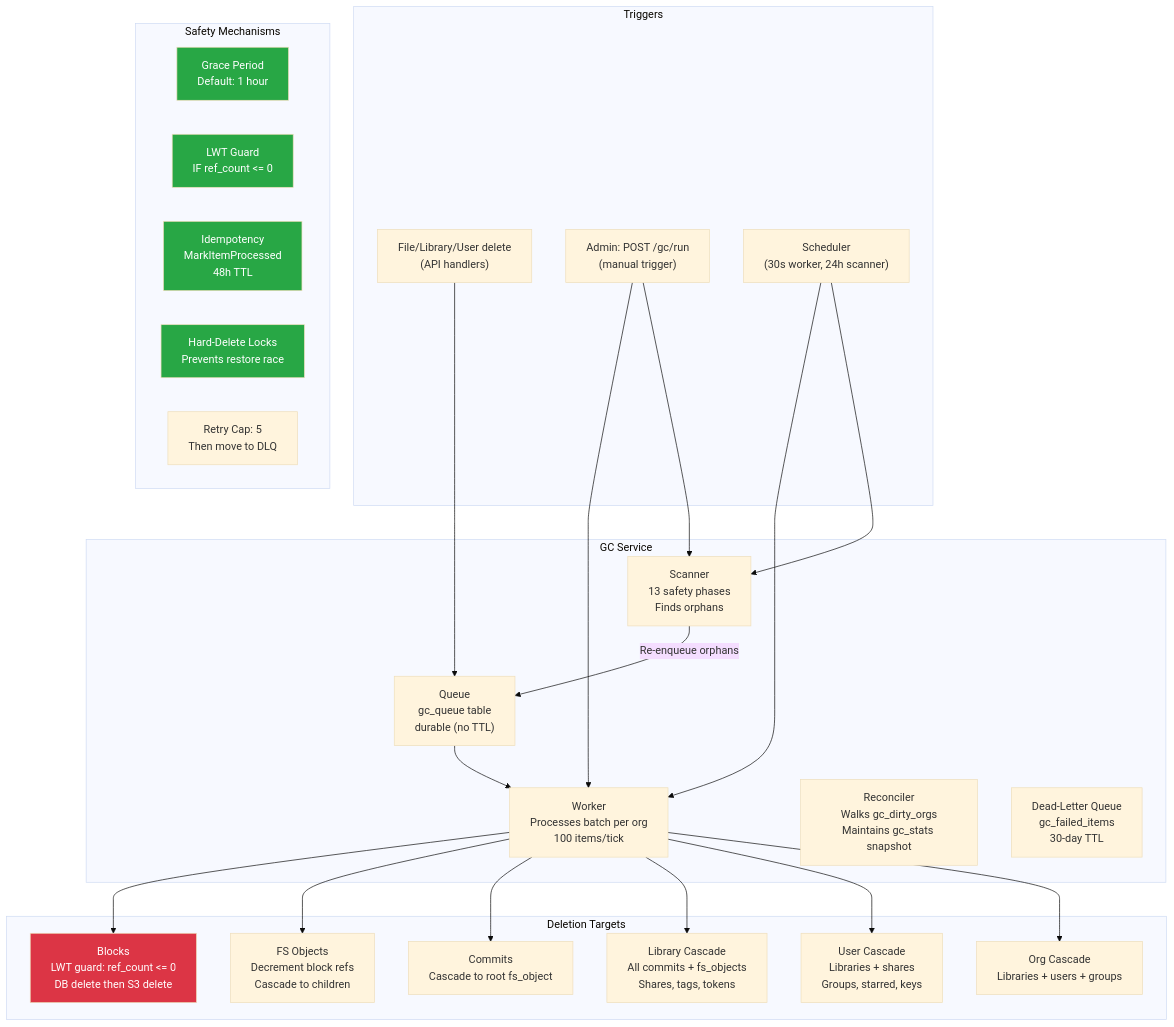
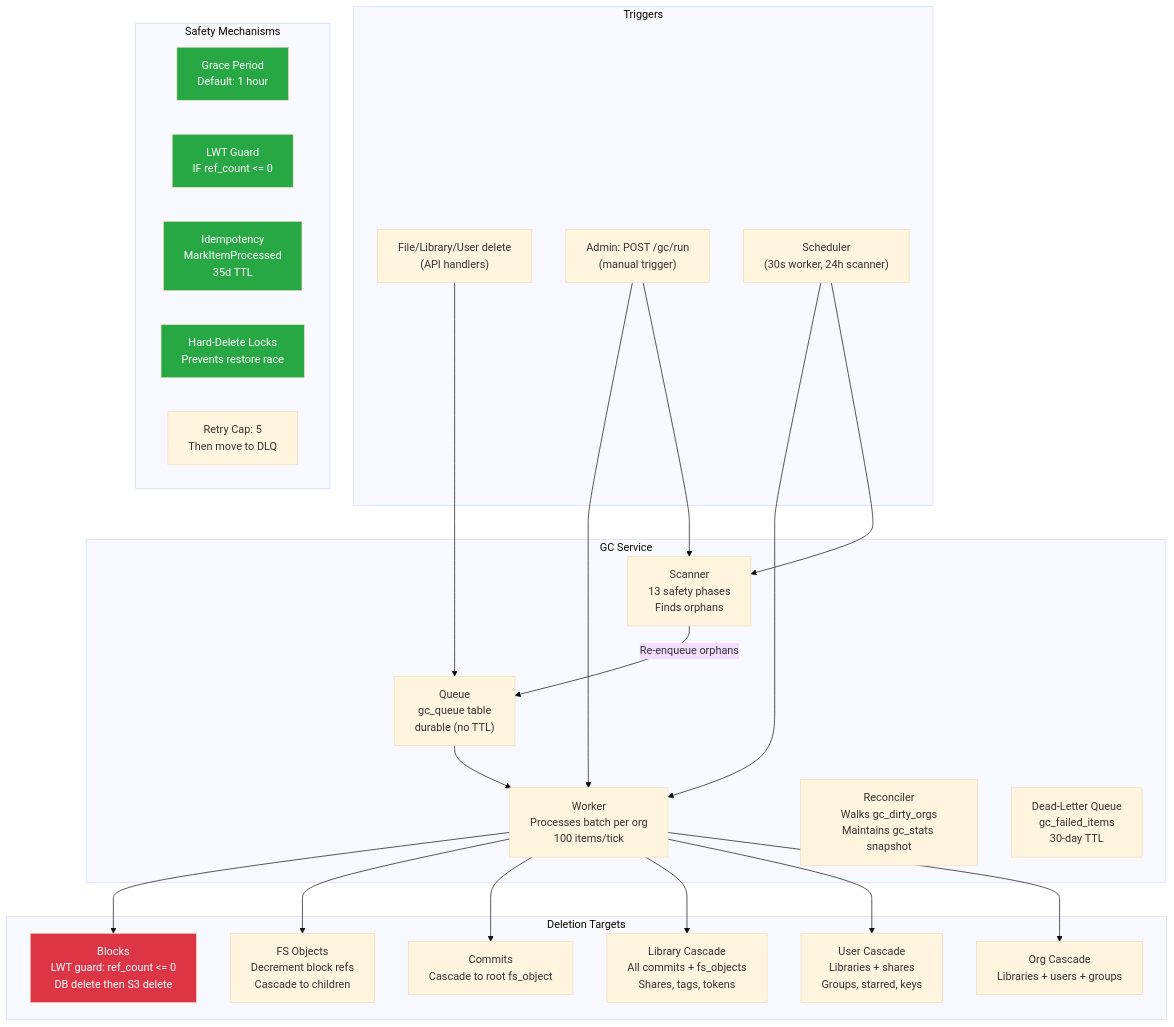
Before and after one commit to Sesame-Disk/cool-storage-api: the diagram in docs/GC-SERVICE-ANALYSIS.md, drawn with Mermaid (base theme). The commit also changed other lines of this file and 9 other files, not shown here.

````diff
--- a/docs/GC-SERVICE-ANALYSIS.md
+++ b/docs/GC-SERVICE-ANALYSIS.md
@@ -12,53 +12,53 @@
 ```mermaid
 flowchart TD
     subgraph Triggers["Triggers"]
         API["File/Library/User delete<br/>(API handlers)"]
         Admin["Admin: POST /gc/run<br/>(manual trigger)"]
         Timer["Scheduler<br/>(30s worker, 24h scanner)"]
     end
 
     subgraph Service["GC Service"]
         Queue["Queue<br/>gc_queue table<br/>durable (no TTL)"]
         Worker["Worker<br/>Processes batch per org<br/>100 items/tick"]
         Scanner["Scanner<br/>13 safety phases<br/>Finds orphans"]
         Reconciler["Reconciler<br/>Walks gc_dirty_orgs<br/>Maintains gc_stats snapshot"]
         DLQ["Dead-Letter Queue<br/>gc_failed_items<br/>30-day TTL"]
     end
 
     subgraph Targets["Deletion Targets"]
         Blocks["Blocks<br/>LWT guard: ref_count <= 0<br/>DB delete then S3 delete"]
         FSObj["FS Objects<br/>Decrement block refs<br/>Cascade to children"]
         Commits["Commits<br/>Cascade to root fs_object"]
         Libs["Library Cascade<br/>All commits + fs_objects<br/>Shares, tags, tokens"]
         Users["User Cascade<br/>Libraries + shares<br/>Groups, starred, keys"]
         Orgs["Org Cascade<br/>Libraries + users + groups"]
     end
 
     subgraph Safety["Safety Mechanisms"]
         Grace["Grace Period<br/>Default: 1 hour"]
         LWT["LWT Guard<br/>IF ref_count <= 0"]
-        Idempotent["Idempotency<br/>MarkItemProcessed<br/>48h TTL"]
+            Idempotent["Idempotency<br/>MarkItemProcessed<br/>35d TTL"]
         Lock["Hard-Delete Locks<br/>Prevents restore race"]
         Retry["Retry Cap: 5<br/>Then move to DLQ"]
     end
 
     API --> Queue
     Timer --> Worker
     Timer --> Scanner
     Admin --> Worker
     Admin --> Scanner
     Scanner -->|"Re-enqueue orphans"| Queue
     Queue --> Worker
     Worker --> Blocks
     Worker --> FSObj
     Worker --> Commits
     Worker --> Libs
     Worker --> Users
     Worker --> Orgs
 
     style Blocks fill:#dc3545,color:#fff
     style Grace fill:#28a745,color:#fff
     style LWT fill:#28a745,color:#fff
     style Idempotent fill:#28a745,color:#fff
     style Lock fill:#28a745,color:#fff
 ```
````
